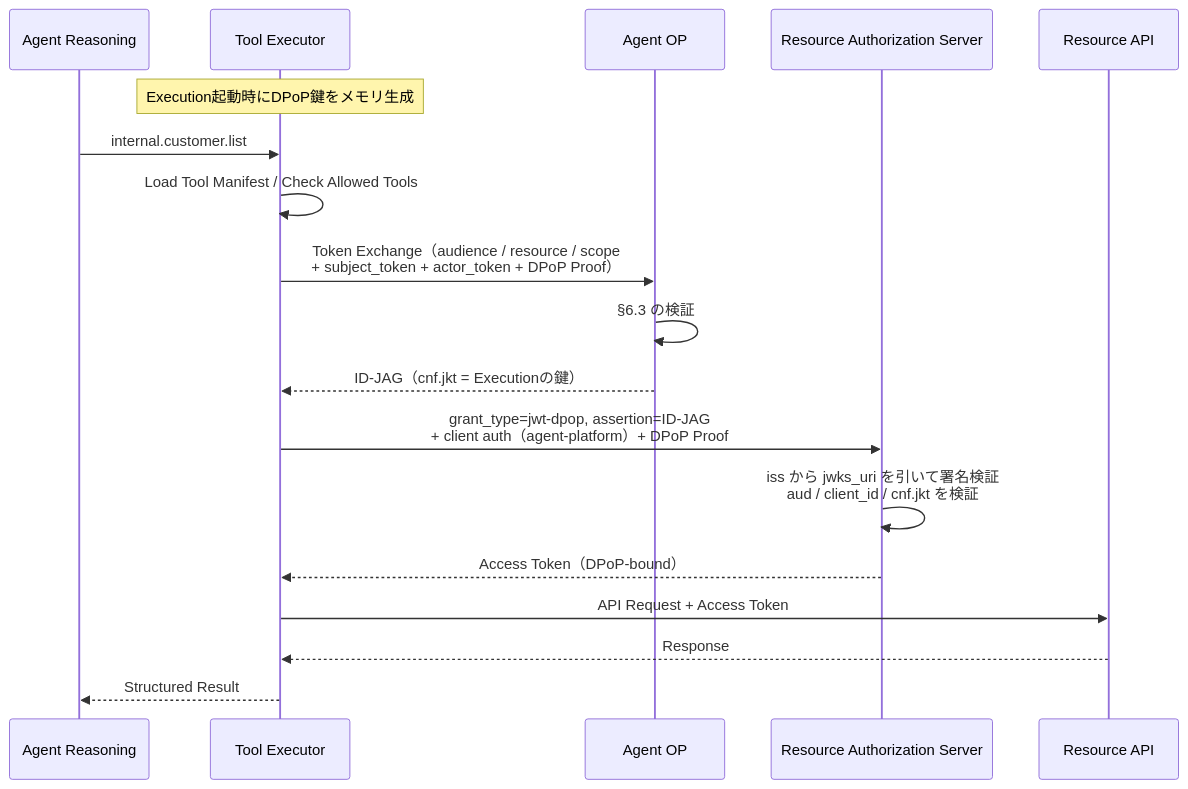
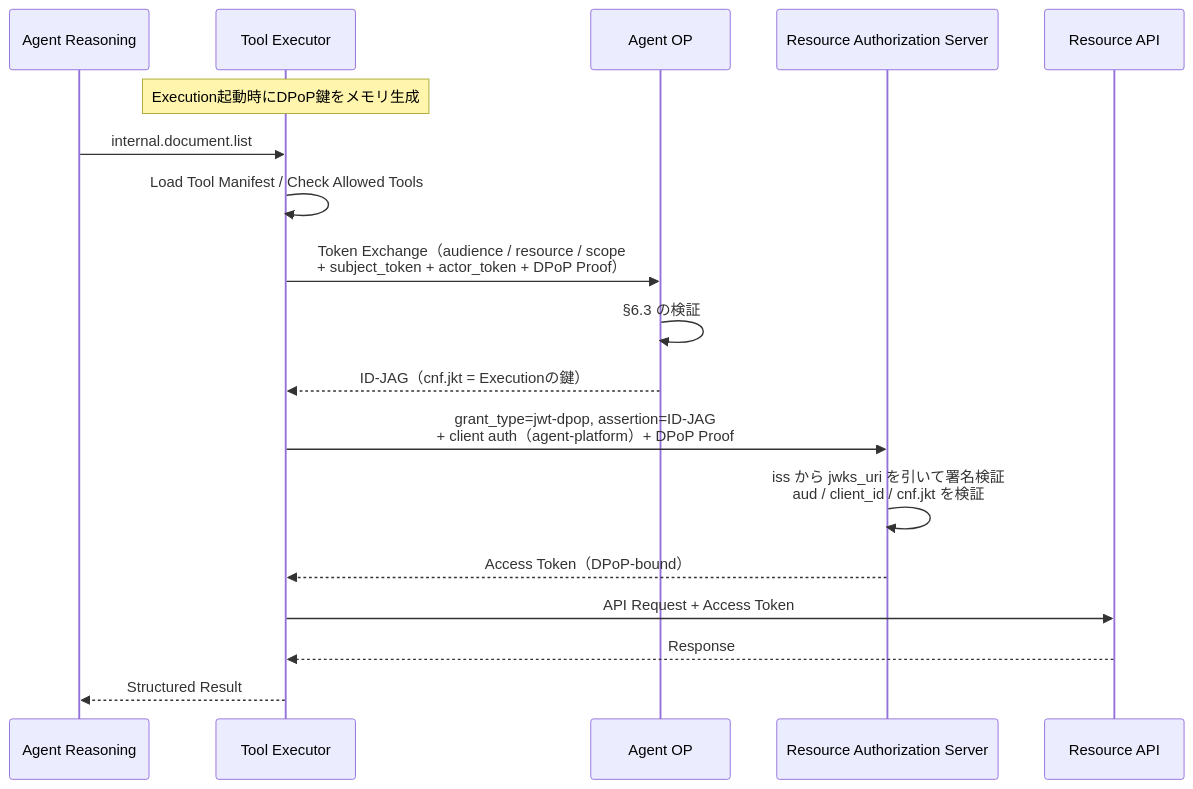
Before and after one commit to maronnjapan/agent-xaa-platform: the third of 3 diagrams in docs/05-identity.md, drawn with Mermaid. The commit also changed other lines of this file and 27 other files, not shown here.

````diff
--- a/docs/05-identity.md
+++ b/docs/05-identity.md
@@ -566,21 +566,21 @@
 ```mermaid
 sequenceDiagram
     participant AI as Agent Reasoning
     participant TOOL as Tool Executor
     participant OP as Agent OP
     participant AS as Resource Authorization Server
     participant API as Resource API
 
     Note over TOOL: Execution起動時にDPoP鍵をメモリ生成
-    AI->>TOOL: internal.customer.list
+    AI->>TOOL: internal.document.list
     TOOL->>TOOL: Load Tool Manifest / Check Allowed Tools
     TOOL->>OP: Token Exchange（audience / resource / scope<br/>+ subject_token + actor_token + DPoP Proof）
     OP->>OP: §6.3 の検証
     OP-->>TOOL: ID-JAG（cnf.jkt = Executionの鍵）
     TOOL->>AS: grant_type=jwt-dpop, assertion=ID-JAG<br/>+ client auth（agent-platform）+ DPoP Proof
     AS->>AS: iss から jwks_uri を引いて署名検証<br/>aud / client_id / cnf.jkt を検証
     AS-->>TOOL: Access Token（DPoP-bound）
     TOOL->>API: API Request + Access Token
     API-->>TOOL: Response
     TOOL-->>AI: Structured Result
 ```
````
